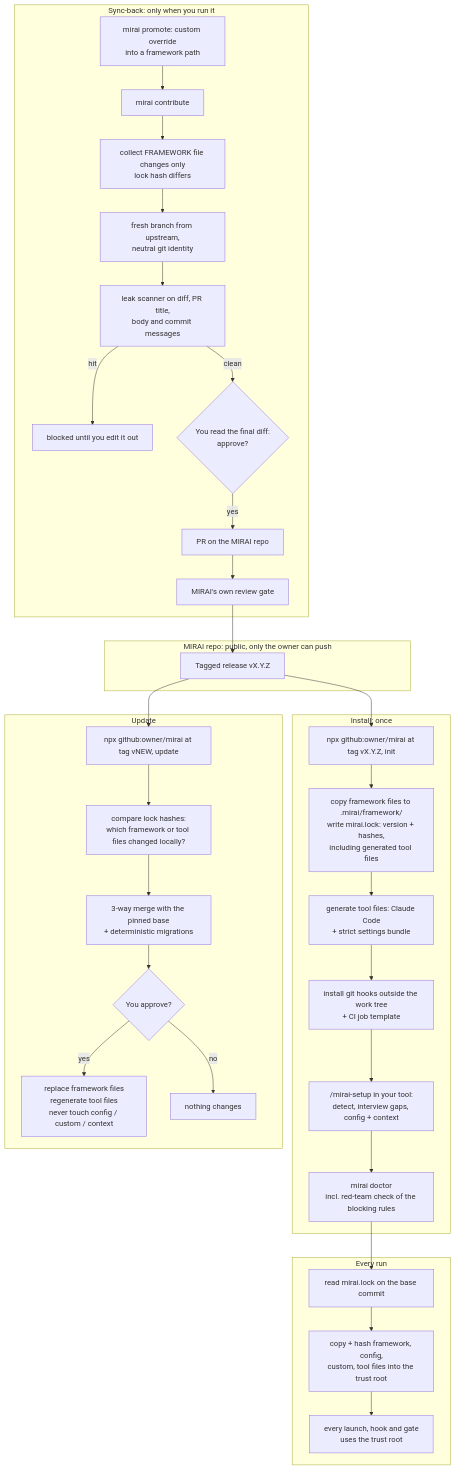
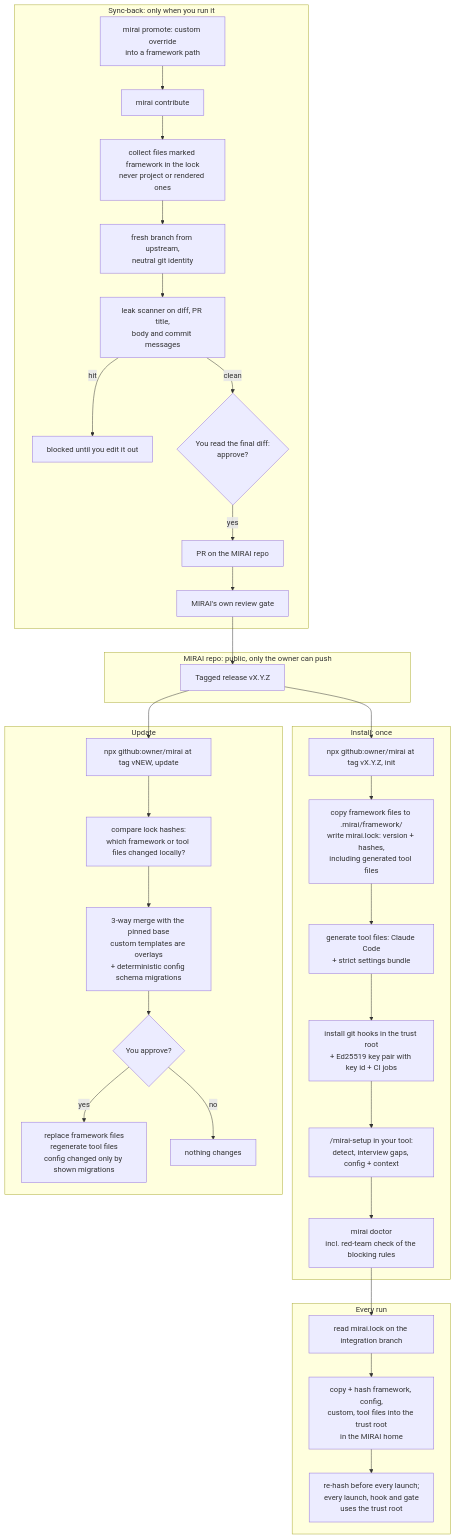
One commit to jetmirhaxhisefa/mirai changed the fifth of 12 diagrams in design/02-architecture-diagram.md. Above: the diagram before and after it, drawn with Mermaid. The commit also changed other lines of this file and 22 other files, not shown here.

````diff
--- a/design/02-architecture-diagram.md
+++ b/design/02-architecture-diagram.md
@@ -250,43 +307,43 @@
 ```mermaid
 flowchart TD
     subgraph UP ["MIRAI repo: public, only the owner can push"]
         REL["Tagged release vX.Y.Z"]
     end
 
     subgraph INST ["Install: once"]
         A1["npx github:owner/mirai at tag vX.Y.Z, init"] --> A2["copy framework files to .mirai/framework/<br/>write mirai.lock: version + hashes,<br/>including generated tool files"]
         A2 --> A3["generate tool files: Claude Code<br/>+ strict settings bundle"]
-        A3 --> A4["install git hooks outside the work tree<br/>+ CI job template"]
+        A3 --> A4["install git hooks in the trust root<br/>+ Ed25519 key pair with key id + CI jobs"]
         A4 --> A5["/mirai-setup in your tool:<br/>detect, interview gaps, config + context"]
         A5 --> A6["mirai doctor<br/>incl. red-team check of the blocking rules"]
     end
 
     subgraph RUN ["Every run"]
-        R1["read mirai.lock on the base commit"] --> R2["copy + hash framework, config,<br/>custom, tool files into the trust root"]
-        R2 --> R3["every launch, hook and gate<br/>uses the trust root"]
+        R1["read mirai.lock on the integration branch"] --> R2["copy + hash framework, config,<br/>custom, tool files into the trust root<br/>in the MIRAI home"]
+        R2 --> R3["re-hash before every launch;<br/>every launch, hook and gate<br/>uses the trust root"]
     end
 
     subgraph UPD ["Update"]
         U1["npx github:owner/mirai at tag vNEW, update"] --> U2["compare lock hashes:<br/>which framework or tool files changed locally?"]
-        U2 --> U3["3-way merge with the pinned base<br/>+ deterministic migrations"]
+        U2 --> U3["3-way merge with the pinned base<br/>custom templates are overlays<br/>+ deterministic config schema migrations"]
         U3 --> U4{"You approve?"}
-        U4 -- yes --> U5["replace framework files<br/>regenerate tool files<br/>never touch config / custom / context"]
+        U4 -- yes --> U5["replace framework files<br/>regenerate tool files<br/>config changed only by shown migrations"]
         U4 -- no --> U6["nothing changes"]
     end
 
     subgraph SB ["Sync-back: only when you run it"]
         S0["mirai promote: custom override<br/>into a framework path"] --> S1
-        S1["mirai contribute"] --> S2["collect FRAMEWORK file changes only<br/>lock hash differs"]
+        S1["mirai contribute"] --> S2["collect files marked framework in the lock<br/>never project or rendered ones"]
         S2 --> S3["fresh branch from upstream,<br/>neutral git identity"]
         S3 --> S4["leak scanner on diff, PR title,<br/>body and commit messages"]
         S4 -- hit --> S5["blocked until you edit it out"]
         S4 -- clean --> S6{"You read the final diff:<br/>approve?"}
         S6 -- yes --> S7["PR on the MIRAI repo"]
         S7 --> S8["MIRAI's own review gate"]
     end
 
     REL --> A1
     REL --> U1
     A6 --> R1
     S8 --> REL
 ```
````
